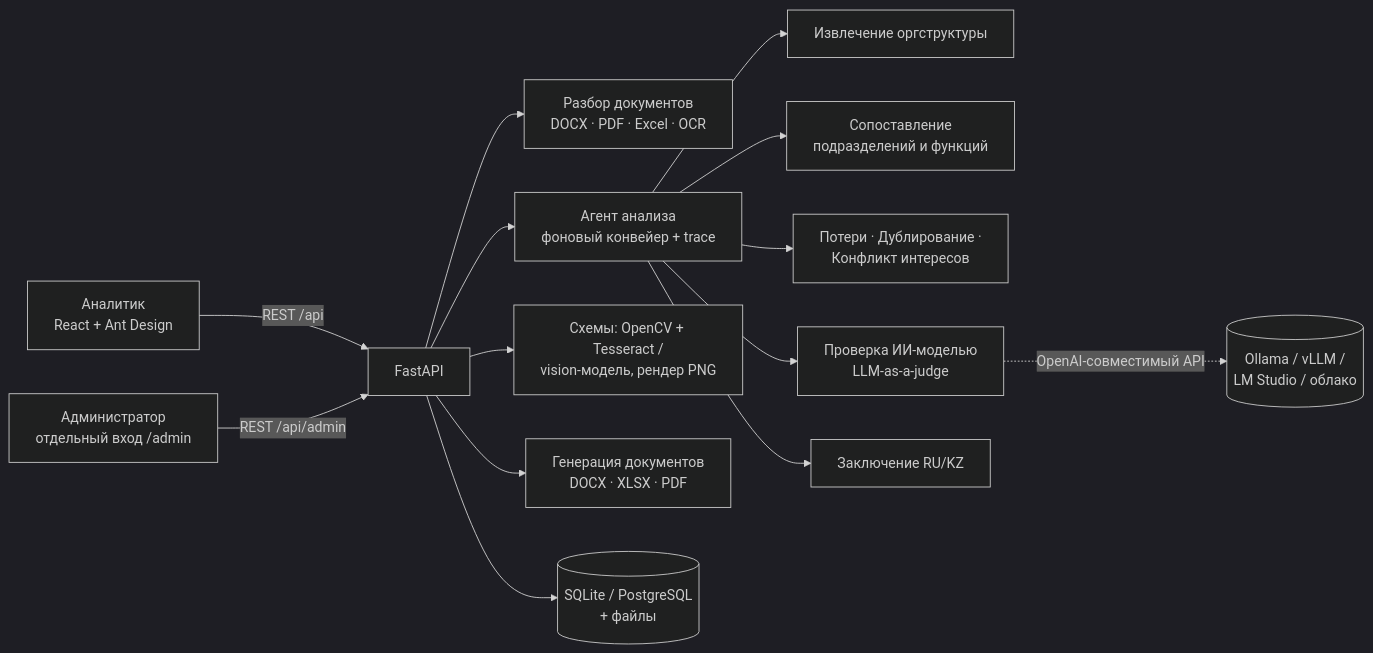
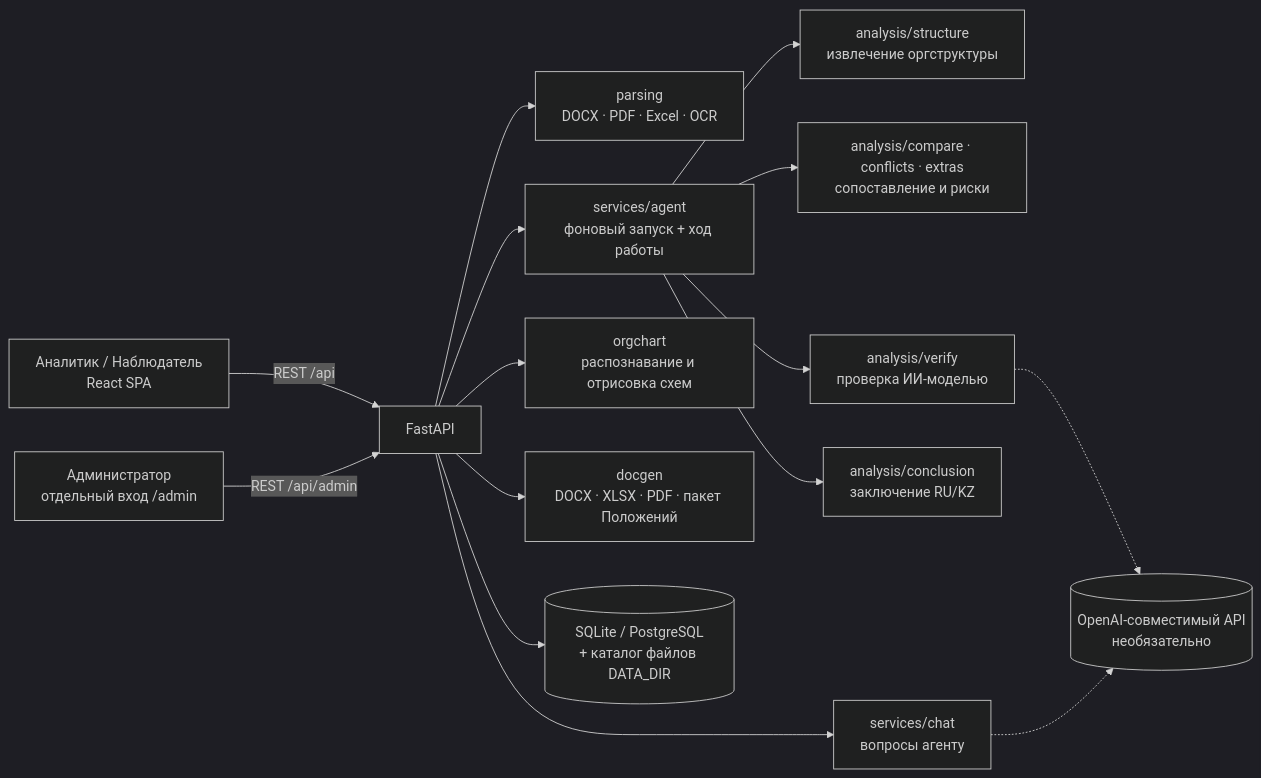
Before and after one commit to BAITC-Hacks/hack-8cb43e3f-ai-nam: the diagram in README.md, drawn with Mermaid (dark theme). The commit also changed other lines of this file and 15 other files, not shown here.

````diff
--- a/README.md
+++ b/README.md
@@ -197,16 +136,17 @@
 ```mermaid
 flowchart LR
-  U[Аналитик<br/>React + Ant Design] -->|REST /api| API[FastAPI]
+  U[Аналитик / Наблюдатель<br/>React SPA] -->|REST /api| API[FastAPI]
   A[Администратор<br/>отдельный вход /admin] -->|REST /api/admin| API
-  API --> P[Разбор документов<br/>DOCX · PDF · Excel · OCR]
-  API --> AG[Агент анализа<br/>фоновый конвейер + trace]
-  AG --> EX[Извлечение оргструктуры]
-  AG --> CMP[Сопоставление<br/>подразделений и функций]
-  AG --> RISK[Потери · Дублирование ·<br/>Конфликт интересов]
-  AG --> V[Проверка ИИ-моделью<br/>LLM-as-a-judge]
-  AG --> C[Заключение RU/KZ]
-  API --> OC[Схемы: OpenCV + Tesseract /<br/>vision-модель, рендер PNG]
-  API --> DG[Генерация документов<br/>DOCX · XLSX · PDF]
-  V -.OpenAI-совместимый API.-> LLM[(Ollama / vLLM /<br/>LM Studio / облако)]
-  API --> DB[(SQLite / PostgreSQL<br/>+ файлы)]
+  API --> PARSE[parsing<br/>DOCX · PDF · Excel · OCR]
+  API --> AGENT[services/agent<br/>фоновый запуск + ход работы]
+  AGENT --> STRUCT[analysis/structure<br/>извлечение оргструктуры]
+  AGENT --> CMP[analysis/compare · conflicts · extras<br/>сопоставление и риски]
+  AGENT --> VERIFY[analysis/verify<br/>проверка ИИ-моделью]
+  AGENT --> CONCL[analysis/conclusion<br/>заключение RU/KZ]
+  API --> ORG[orgchart<br/>распознавание и отрисовка схем]
+  API --> DOCGEN[docgen<br/>DOCX · XLSX · PDF · пакет Положений]
+  API --> CHAT[services/chat<br/>вопросы агенту]
+  VERIFY -.-> LLM[(OpenAI-совместимый API<br/>необязательно)]
+  CHAT -.-> LLM
+  API --> DB[(SQLite / PostgreSQL<br/>+ каталог файлов DATA_DIR)]
 ```
````
